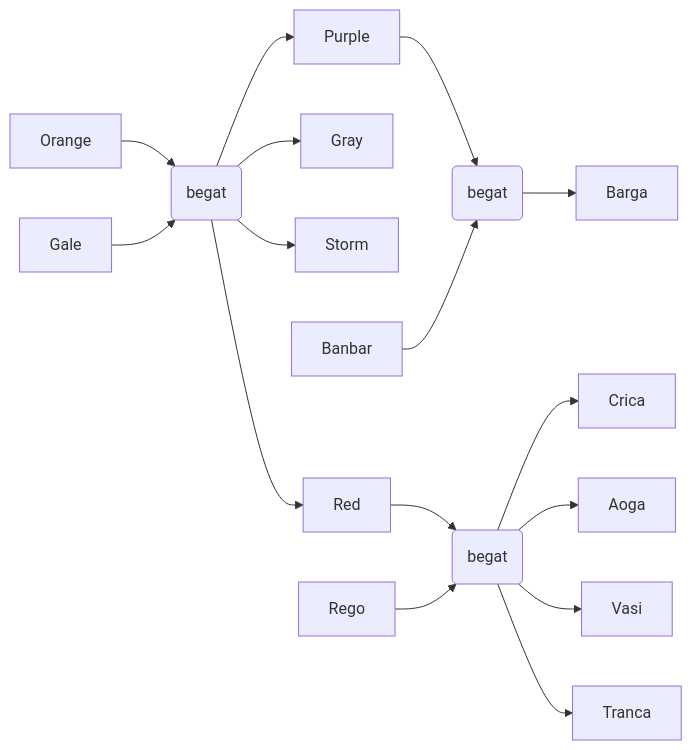
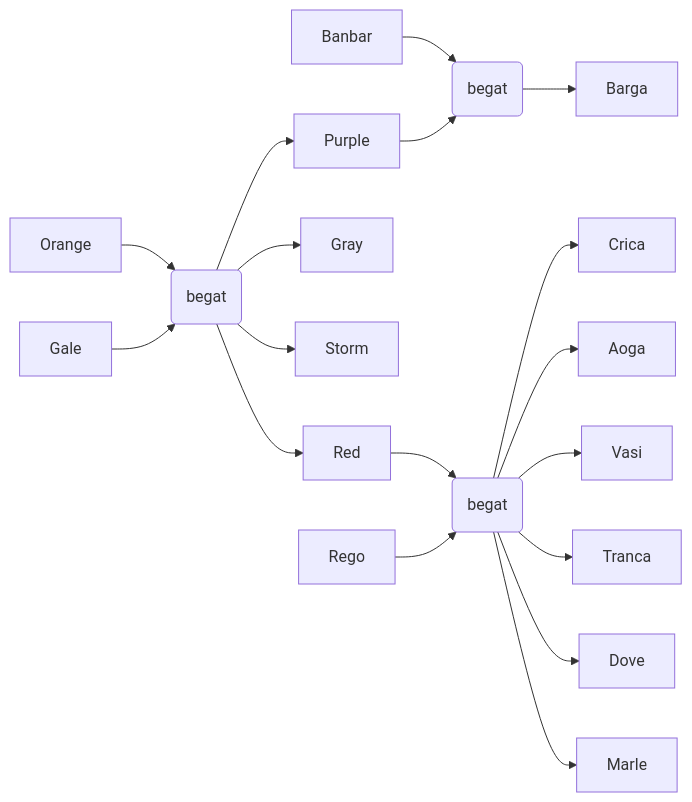
Before and after one commit to WuphonsReach/rimworld-notes: the diagram in plays/BaidaTribe2025/Baida-FamilyTrees.md, drawn with Mermaid. The commit also changed 1 other file, not shown here.

Commit message:
Baida 5528 report

````diff
--- a/plays/BaidaTribe2025/Baida-FamilyTrees.md
+++ b/plays/BaidaTribe2025/Baida-FamilyTrees.md
@@ -5,18 +5,20 @@
 ```mermaid
 flowchart LR
   Orange --> OrangeGale(begat)
   Gale --> OrangeGale(begat)
+  Banbar --> PurpleBanbar(begat)
+  Purple --> PurpleBanbar(begat)
+  PurpleBanbar --> Barga
   OrangeGale --> Purple
   OrangeGale --> Gray
   OrangeGale --> Storm
   OrangeGale --> Red
   Red --> RedRego(begat)
   Rego --> RedRego(begat)
   RedRego --> Crica
   RedRego --> Aoga
   RedRego --> Vasi
   RedRego --> Tranca
-  Purple --> PurpleBanbar(begat)
-  Banbar --> PurpleBanbar(begat)
-  PurpleBanbar --> Barga
+  RedRego --> Dove
+  RedRego --> Marle
 ```
````
